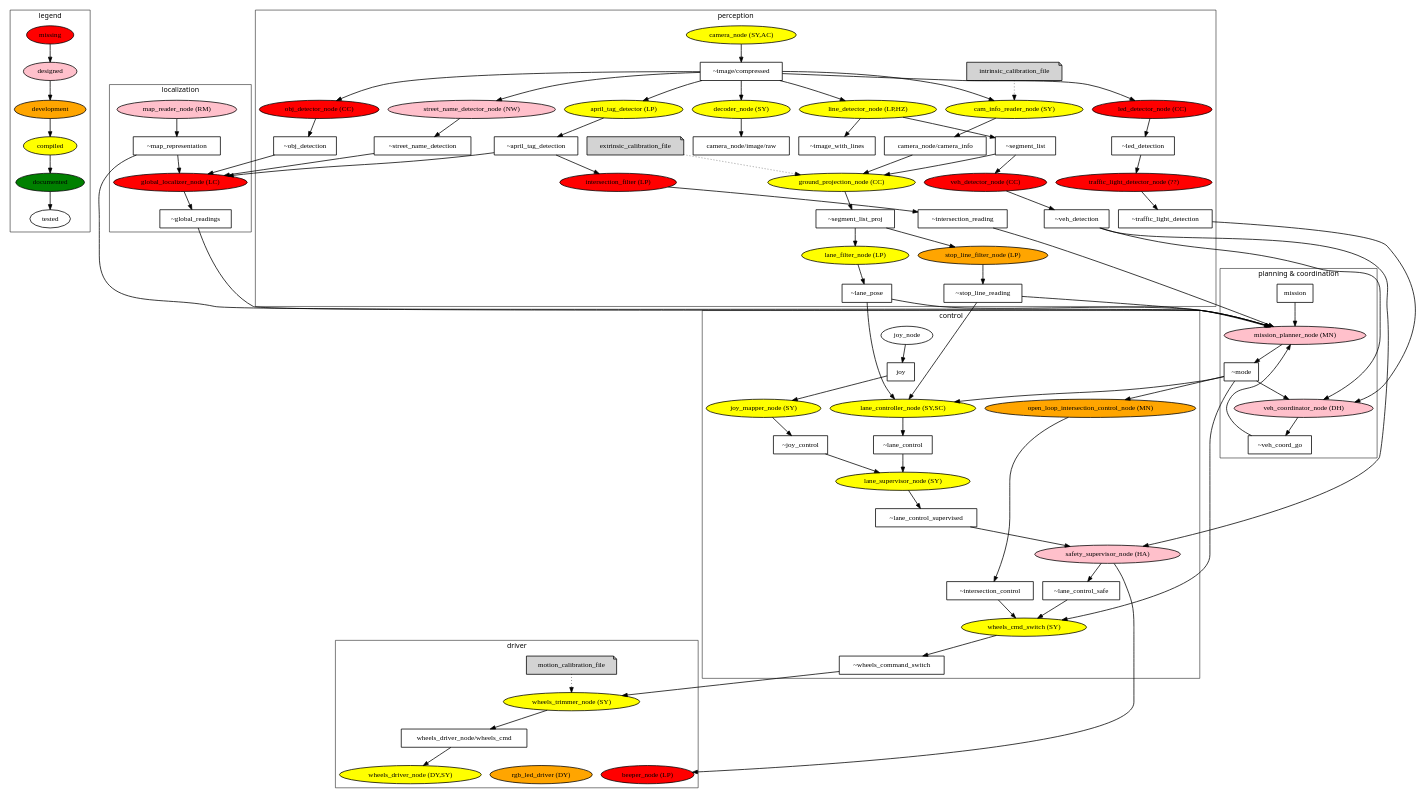
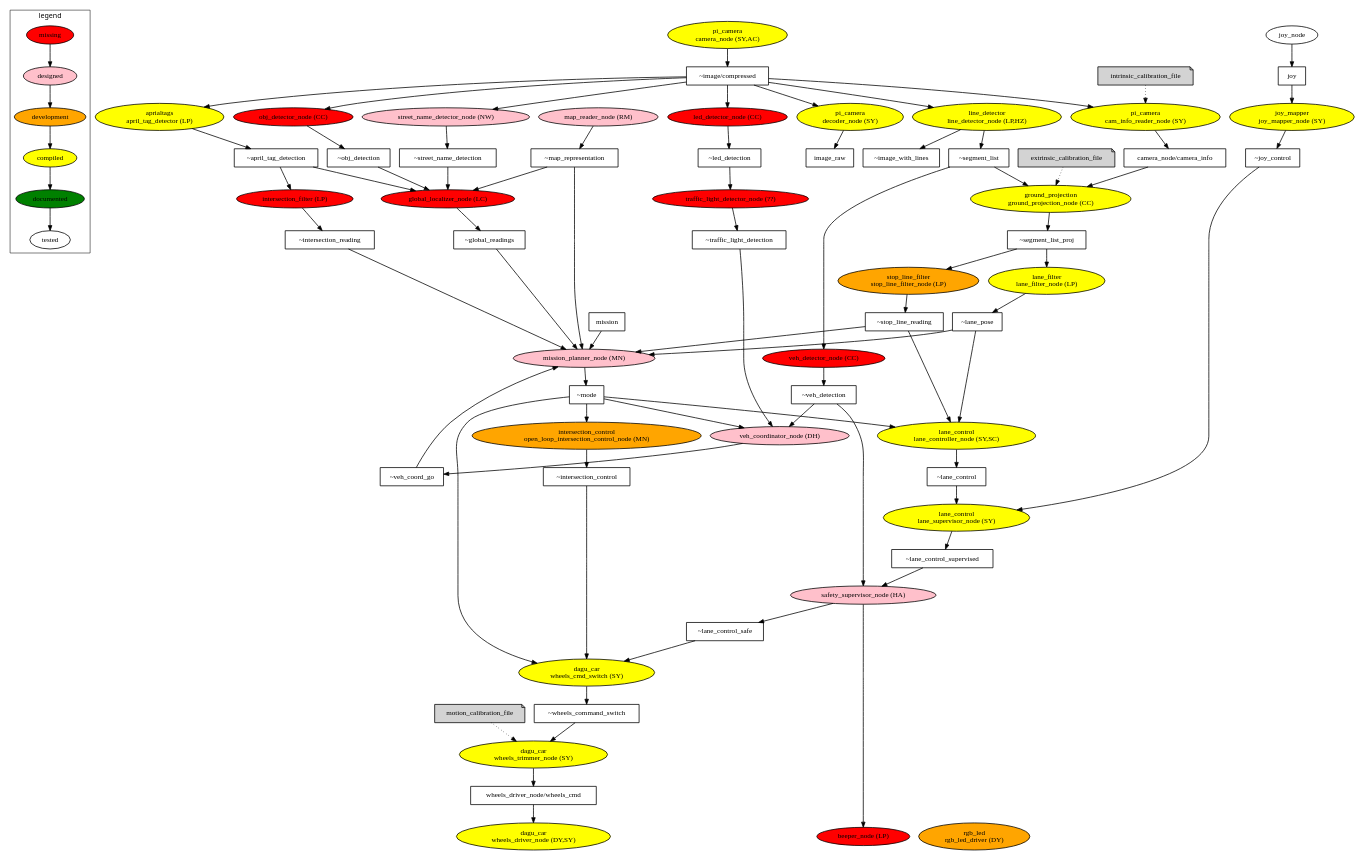
One commit to kungfrank/Knight_car changed the diagram in ros_diagram/Duckietown_ROS_Diagram.dot. Above: the diagram before and after it, drawn with Graphviz.

Commit message:
Reorganization of ROS diagram. Add pkg name.

```diff
--- a/ros_diagram/Duckietown_ROS_Diagram.dot
+++ b/ros_diagram/Duckietown_ROS_Diagram.dot
@@ -16,12 +16,8 @@
 		compiled [label="compiled", fillcolor=yellow];
 		documented [label="documented", fillcolor=green];
 		tested [label="tested", fillcolor=white];
-		// Connection
 		missing->designed->development->compiled->documented->tested;
-		//node_name -> topic_name [label="publish"];
-		//topic_name -> node_name [label="subscribe"];
 	}
-
 
 	// ==== Nodes Definition ==== //
 	node [shape=ellipse,style=filled];
@@ -46,25 +42,25 @@
 	}
 	subgraph node_development{
 		node [fillcolor=orange];
-		intersection_controller[label="open_loop_intersection_control_node (MN)"];
-		stop_line_filter[label="stop_line_filter_node (LP)"];
-		rgb_led[label="rgb_led_driver (DY)"];
+		intersection_controller[label="intersection_control\nopen_loop_intersection_control_node (MN)"];
+		stop_line_filter[label="stop_line_filter\nstop_line_filter_node (LP)"];
+		rgb_led[label="rgb_led\nrgb_led_driver (DY)"];
 	}
 	subgraph node_compiled{
 		node [fillcolor=yellow];
-		wheels_driver[label="wheels_driver_node (DY,SY)"];
-		wheels_cmd_switch[label="wheels_cmd_switch (SY)"]
-		camera_node[label="camera_node (SY,AC)"];
-		decoder_node[label="decoder_node (SY)"];
-		cam_info_reader_node[label="cam_info_reader_node (SY)"];
-		lane_controller[label="lane_controller_node (SY,SC)"];
-		line_detector[label="line_detector_node (LP,HZ)"];
-		april_tag_detector[label="april_tag_detector (LP)"];
-		lane_supervisor[label="lane_supervisor_node (SY)"];
-		joy_mapper[label="joy_mapper_node (SY)"];
-		ground_projection[label="ground_projection_node (CC)"];
-		wheels_trimmer[label="wheels_trimmer_node (SY)"];
-		lane_filter[label="lane_filter_node (LP)"]; 
+		wheels_driver[label="dagu_car\nwheels_driver_node (DY,SY)"];
+		wheels_cmd_switch[label="dagu_car\nwheels_cmd_switch (SY)"]
+		camera_node[label="pi_camera\ncamera_node (SY,AC)"];
+		decoder_node[label="pi_camera\ndecoder_node (SY)"];
+		cam_info_reader_node[label="pi_camera\ncam_info_reader_node (SY)"];
+		lane_controller[label="lane_control\nlane_controller_node (SY,SC)"];
+		line_detector[label="line_detector\nline_detector_node (LP,HZ)"];
+		april_tag_detector[label="aprialtags\napril_tag_detector (LP)"];
+		lane_supervisor[label="lane_control\nlane_supervisor_node (SY)"];
+		joy_mapper[label="joy_mapper\njoy_mapper_node (SY)"];
+		ground_projection[label="ground_projection\nground_projection_node (CC)"];
+		wheels_trimmer[label="dagu_car\nwheels_trimmer_node (SY)"];
+		lane_filter[label="lane_filter\nlane_filter_node (LP)"]; 
 	}
 	subgraph node_documented{
 		node [fillcolor=green];
@@ -75,7 +71,7 @@
 		//image_proc;
 	}
 
-	// Nodes Definition
+	// === Files Definition ===
 	node [shape=note,style=filled];
 	subgraph files{
 		motion_calibration_file;
@@ -83,8 +79,8 @@
 		intrinsic_calibration_file;
 	}
 
-	//{rank=max; wheels_driver;beeper;rgb_led}
-	//{rank=min; map_reader;joy_node;camera_node}
+	{rank=max; wheels_driver;beeper;rgb_led}
+	{rank=min; camera_node;joy_node}
 
 	//subgraph node_test {
 		//node[shape=box,fillcolor=red];
@@ -93,7 +89,7 @@
 		//joy_mapper;
 	//}
 
-	// Topics
+	// ==== Topics ====
 	node [shape=box,style=filled,fillcolor=white];
 	//{rank=same; mission; joy; map_representation;}
 	map_representation[label="~map_representation"];
@@ -121,7 +117,84 @@
 	wheels_command[label="wheels_driver_node/wheels_cmd"];
 	wheels_command_switch[label="~wheels_command_switch"];
 	camera_info[label="camera_node/camera_info"];
+	image_compressed[label="~image/compressed"];
 
+	// ==== Connections ====
+	camera_node->image_compressed;
+	intrinsic_calibration_file->cam_info_reader_node[style="dotted"];
+	image_compressed->cam_info_reader_node;
+	cam_info_reader_node->camera_info;
+	image_compressed->line_detector;
+	image_compressed->led_detector;
+	image_compressed->decoder_node;
+	decoder_node->image_raw;
+	image_compressed->april_tag_detector;
+	image_compressed->obj_detector;
+	image_compressed->street_name_detector;
+	street_name_detector->street_name_detection;
+	led_detector->led_detection;
+	led_detection->traffic_light_detector;
+	segment_list->veh_detector;
+	veh_detector->veh_detection;
+	traffic_light_detector->traffic_light_detection;
+	intersection_filter->intersection_reading;
+	line_detector->segment_list 
+	line_detector->image_with_lines 
+	segment_list_proj->stop_line_filter;
+	segment_list_proj->lane_filter;
+	lane_filter->lane_pose;
+	lane_pose->lane_controller;
+	lane_pose->mission_planner;
+	stop_line_filter->stop_line_reading;
+	stop_line_reading->lane_controller;
+	stop_line_reading->mission_planner;
+	obj_detector->obj_detection;
+	obj_detection->global_localizer;
+	street_name_detection->global_localizer;
+	april_tag_detector->april_tag_detection;
+	april_tag_detection->intersection_filter;
+	april_tag_detection->global_localizer;
+	global_localizer->global_readings;
+	map_reader -> map_representation;
+	map_representation->global_localizer;
+	map_representation->mission_planner;
+	joy_node->joy->joy_mapper->joy_control;
+	joy_control-> lane_supervisor;
+	lane_controller->lane_control;
+	lane_control-> lane_supervisor;
+	lane_supervisor-> lane_control_sup;
+	lane_control_sup->safety_supervisor;
+	safety_supervisor->lane_control_safe;
+	safety_supervisor->beeper;
+	intersection_reading->mission_planner;
+	veh_detection->safety_supervisor;
+	intersection_controller->intersection_control;
+	global_readings->mission_planner;
+	mission_planner->mode;
+	mission->mission_planner;
+	extrinsic_calibration_file->ground_projection[style="dotted"];
+	camera_info->ground_projection;
+	segment_list->ground_projection;
+	ground_projection->segment_list_proj;
+	veh_detection->veh_coordinator;
+	traffic_light_detection->veh_coordinator;
+	veh_coordinator->veh_coord_go;
+	veh_coord_go->mission_planner;
+	mode->veh_coordinator;
+	mode->lane_controller;
+	mode->intersection_controller;
+	mode->wheels_cmd_switch;
+	wheels_cmd_switch->wheels_command_switch;
+	wheels_command_switch->wheels_trimmer;
+	motion_calibration_file->wheels_trimmer[style="dotted"]
+	wheels_trimmer->wheels_command;
+	lane_control_safe->wheels_cmd_switch;
+	intersection_control->wheels_cmd_switch;
+	wheels_command->wheels_driver;
+
+	//TODO annotate msg type.
+
+	/*
 	subgraph cluster_perception{
 		label="perception"
 		// Nodes
@@ -229,121 +302,5 @@
 		// Topics
 		wheels_command;
 	}
-
-
-	// Connections
-	//img_low->image_proc;
-	//img_high->image_proc;
-	//image_proc->img_low_rect;
-	//image_proc->img_high_rect;
-
-	//camera_node->camera_info;
-	camera_node->image_compressed;
-	intrinsic_calibration_file->cam_info_reader_node[style="dotted"];
-	//cam_info_reader_node->image_compressed[dir=back];
-	image_compressed->cam_info_reader_node;
-	cam_info_reader_node->camera_info;
-	//image_compressed->img_downsampler;
-	//img_downsampler->img_high;
-	//img_downsampler->img_low;
-
-
-	image_compressed->line_detector;
-	image_compressed->led_detector;
-	//decoder_node->image_compressed [dir=back];
-	image_compressed->decoder_node;
-	decoder_node->image_raw;
-
-
-	image_compressed->april_tag_detector;
-	image_compressed->obj_detector;
-	image_compressed->street_name_detector;
-	street_name_detector->street_name_detection;
-
-	led_detector->led_detection;
-	//led_detection->veh_detector;
-	led_detection->traffic_light_detector;
-	
-	segment_list->veh_detector;
-	veh_detector->veh_detection;
-	traffic_light_detector->traffic_light_detection;
-	
-	intersection_filter->intersection_reading;
-	
-	line_detector->segment_list #[label="SegmentList.msg"];
-	line_detector->image_with_lines #[label="sensor_msgs/Image.msg"]
-	
-	segment_list_proj->stop_line_filter;
-	segment_list_proj->lane_filter;
-
-	lane_filter->lane_pose #[label="LaneReading.msg"];
-	lane_pose->lane_controller #[label="LaneReading.msg"];
-	lane_pose->mission_planner;
-
-	stop_line_filter->stop_line_reading;
-	stop_line_reading->lane_controller;
-	stop_line_reading->mission_planner;
-	
-	obj_detector->obj_detection;
-	obj_detection->global_localizer;
-	street_name_detection->global_localizer;
-	april_tag_detector->april_tag_detection;
-	april_tag_detection->intersection_filter;
-	april_tag_detection->global_localizer;
-	global_localizer->global_readings;
-	
-	map_reader -> map_representation;
-	map_representation->global_localizer;
-	map_representation->mission_planner;
-	
-	joy_node->joy->joy_mapper->joy_control;
-	joy_control-> lane_supervisor #[label="CarControl.msg"];
-	lane_controller->lane_control;
-	lane_control-> lane_supervisor #[label="CarControl.msg"];
-	lane_supervisor-> lane_control_sup;
-	lane_control_sup->safety_supervisor;
-	safety_supervisor->lane_control_safe;
-	safety_supervisor->beeper;
-	
-	//intersection_reading->intersection_controller;
-	intersection_reading->mission_planner;
-	//traffic_light_detection->intersection_controller;
-
-	veh_detection->safety_supervisor;
-	intersection_controller->intersection_control;
-	global_readings->mission_planner;
-	mission_planner->mode;
-	mission->mission_planner;
-
-	extrinsic_calibration_file->ground_projection[style="dotted"];
-	camera_info->ground_projection;
-	segment_list->ground_projection;
-	ground_projection->segment_list_proj;
-
-	//obj_detection->veh_coordinator;
-	veh_detection->veh_coordinator;
-	traffic_light_detection->veh_coordinator;
-	//veh_coord_go->mission_planner;
-	//veh_coord_go->veh_coordinator [dir=back];
-	veh_coordinator->veh_coord_go;
-	//mission_planner->veh_coord_go [dir=back];
-	veh_coord_go->mission_planner;
-
-	mode->veh_coordinator;
-	mode->lane_controller;
-	mode->intersection_controller;
-	//mode->coordination_controller;
-
-	//coordination_controller->coordination_control;
-	//coordination_control->wheels_cmd_switch;
-	mode->wheels_cmd_switch;
-	wheels_cmd_switch->wheels_command_switch;
-	wheels_command_switch->wheels_trimmer;
-	motion_calibration_file->wheels_trimmer[style="dotted"]
-	wheels_trimmer->wheels_command;
-	lane_control_safe->wheels_cmd_switch;
-	intersection_control->wheels_cmd_switch;
-	wheels_command->wheels_driver;
-
-	//TODO annotate msg type.
+	*/
 }
```
